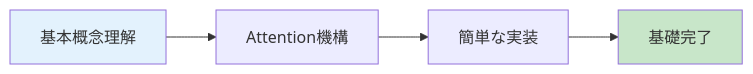
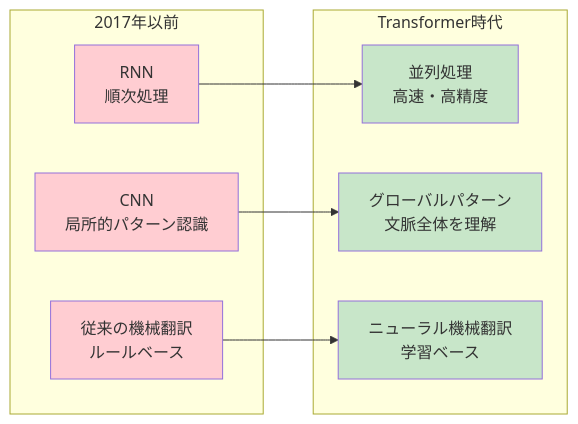
Diagram 11 of 15 in AI/DeepLearning/Transformer/README.MD (SparklingDetergent/doc_genai_mental_model), drawn with Mermaid before and after one commit. The commit also changed other lines of this file, not shown here.

````diff
--- a/AI/DeepLearning/Transformer/README.MD
+++ b/AI/DeepLearning/Transformer/README.MD
@@ -114,13 +366,25 @@
 ```mermaid
 graph LR
-    A[基本概念理解] --> B[Attention機構]
-    B --> C[簡単な実装]
-    C --> D[基礎完了]
+    subgraph "2017年以前"
+        A[RNN<br/>順次処理]
+        B[CNN<br/>局所的パターン認識]
+        C[従来の機械翻訳<br/>ルールベース]
+    end
     
-    style A fill:#e3f2fd
+    subgraph "Transformer時代"
+        D[並列処理<br/>高速・高精度]
+        E[グローバルパターン<br/>文脈全体を理解]
+        F[ニューラル機械翻訳<br/>学習ベース]
+    end
+    
+    A --> D
+    B --> E  
+    C --> F
+    
+    style A fill:#ffcdd2
+    style B fill:#ffcdd2
+    style C fill:#ffcdd2
     style D fill:#c8e6c9
-    
-    click A "#基本概念詳細"
-    click B "#attention詳細解説"
-    click C "#ハンズオン実践"
+    style E fill:#c8e6c9
+    style F fill:#c8e6c9
 ```
````
